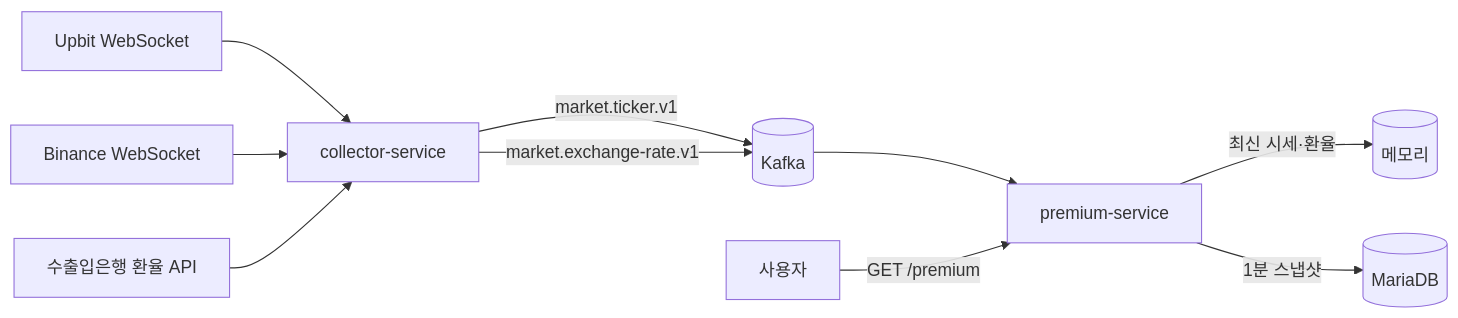
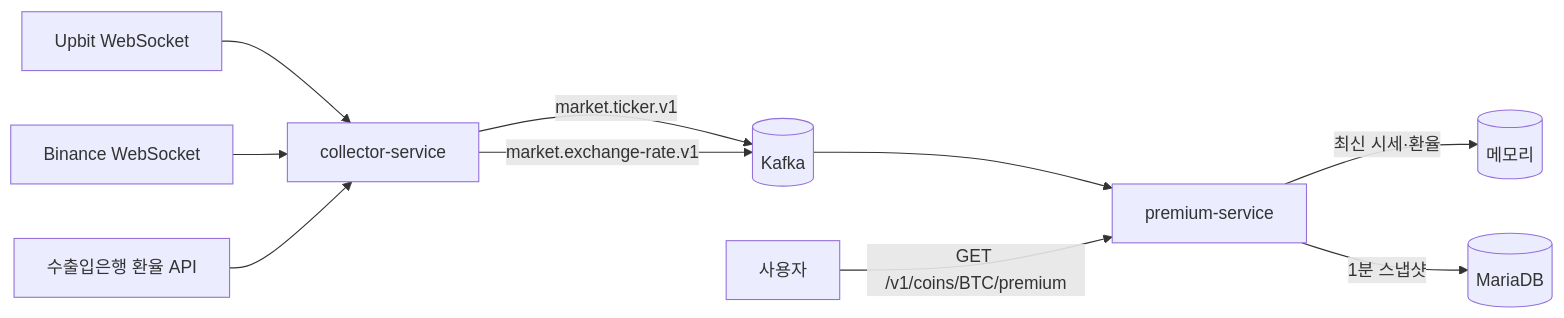
Before and after one commit to imuniring/coin-premium: the diagram in README.md, drawn with Mermaid. The commit also changed other lines of this file and 7 other files, not shown here.

````diff
--- a/README.md
+++ b/README.md
@@ -10,12 +10,12 @@
 ```mermaid
 flowchart LR
     UP[Upbit WebSocket] --> COL
     BN[Binance WebSocket] --> COL
     EX[수출입은행 환율 API] --> COL
     COL[collector-service] -->|market.ticker.v1| K[(Kafka)]
     COL -->|market.exchange-rate.v1| K
     K --> PRE[premium-service]
     PRE -->|최신 시세·환율| MEM[(메모리)]
     PRE -->|1분 스냅샷| DB[(MariaDB)]
-    USER[사용자] -->|GET /premium| PRE
+    USER[사용자] -->|GET /v1/coins/BTC/premium| PRE
 ```
````
